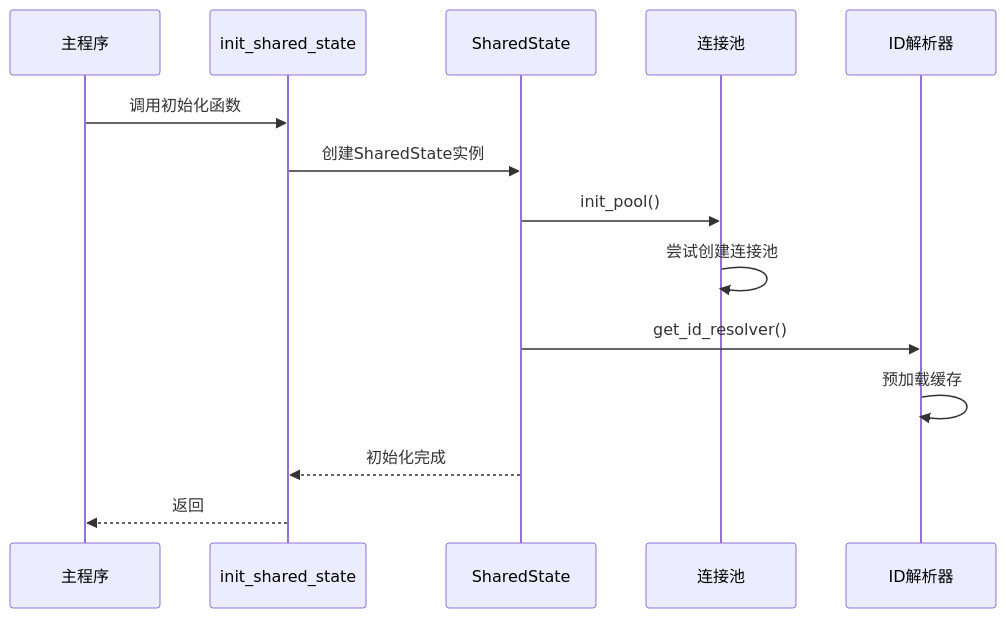
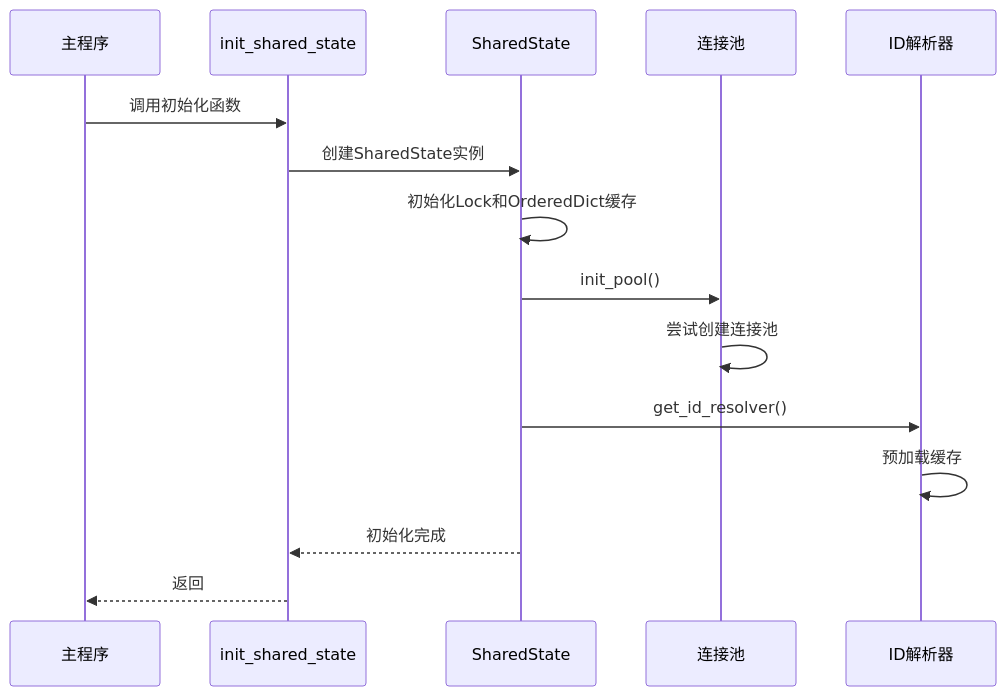
Before and after one commit to 1173591564/academic-based-qoder: the sixth of 8 diagrams in .qoder/repowiki/zh/content/Python后端系统/共享状态管理系统.md, drawn with Mermaid. The commit also changed other lines of this file and 81 other files, not shown here.

````diff
--- a/.qoder/repowiki/zh/content/Python后端系统/共享状态管理系统.md
+++ b/.qoder/repowiki/zh/content/Python后端系统/共享状态管理系统.md
@@ -241,16 +261,17 @@
 ```mermaid
 sequenceDiagram
 participant Main as 主程序
 participant Init as init_shared_state
 participant State as SharedState
 participant Pool as 连接池
 participant Resolver as ID解析器
 Main->>Init : 调用初始化函数
 Init->>State : 创建SharedState实例
+State->>State : 初始化Lock和OrderedDict缓存
 State->>Pool : init_pool()
 Pool->>Pool : 尝试创建连接池
 State->>Resolver : get_id_resolver()
 Resolver->>Resolver : 预加载缓存
 State-->>Init : 初始化完成
 Init-->>Main : 返回
 ```
````
